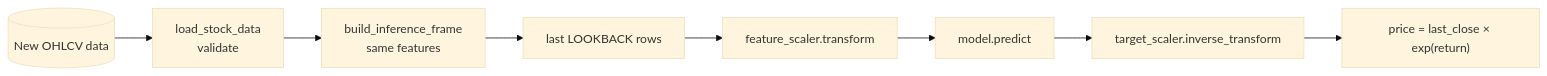
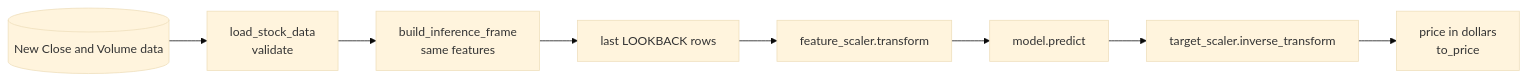
The diagram in docs/05_deployment.md (wences-psu/Stock_Price_DL), drawn with Mermaid (base theme) before and after one commit. The commit also changed other lines of this file and 238 other files, not shown here.

````diff
--- a/docs/05_deployment.md
+++ b/docs/05_deployment.md
@@ -34,10 +36,10 @@
 ```mermaid
 flowchart LR
-    new[(New OHLCV data)] --> load[load_stock_data<br/>validate]
+    new[(New Close and Volume data)] --> load[load_stock_data<br/>validate]
     load --> feat[build_inference_frame<br/>same features]
     feat --> win[last LOOKBACK rows]
     win --> scale[feature_scaler.transform]
     scale --> model[model.predict]
     model --> inv[target_scaler.inverse_transform]
-    inv --> price["price = last_close × exp(return)"]
+    inv --> price["price in dollars<br/>to_price"]
 ```
````
